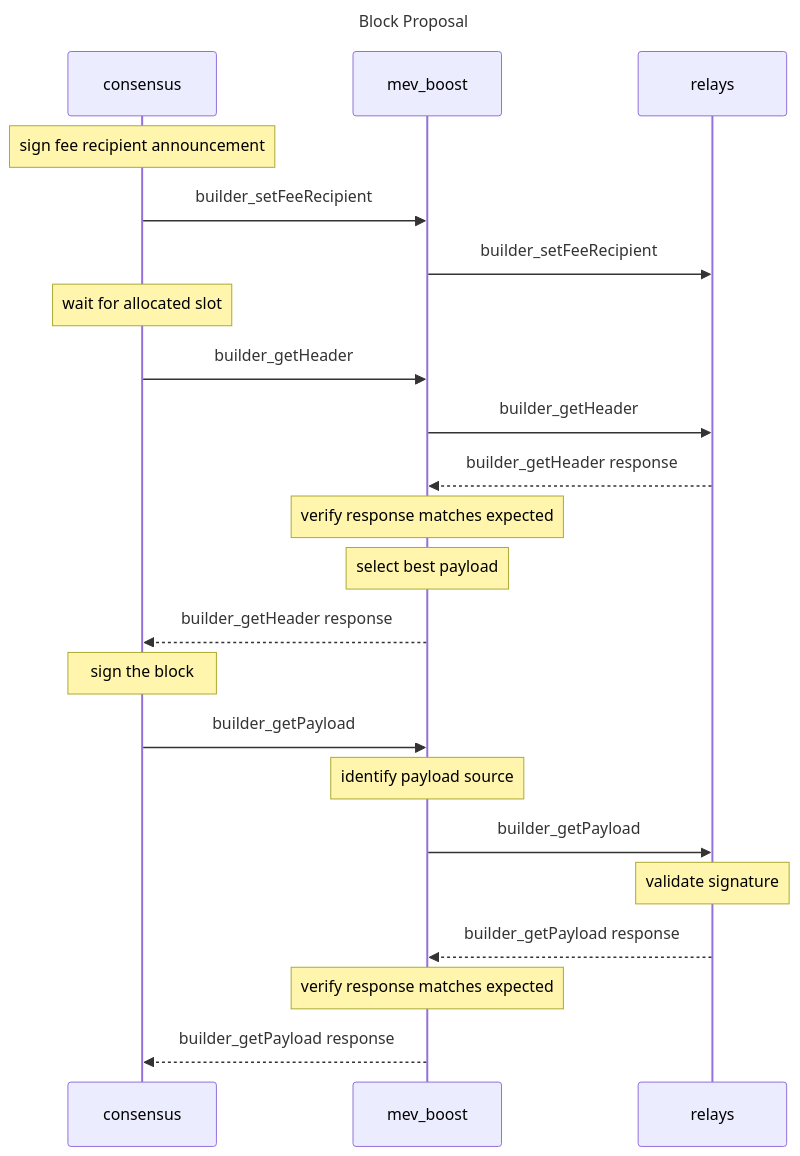
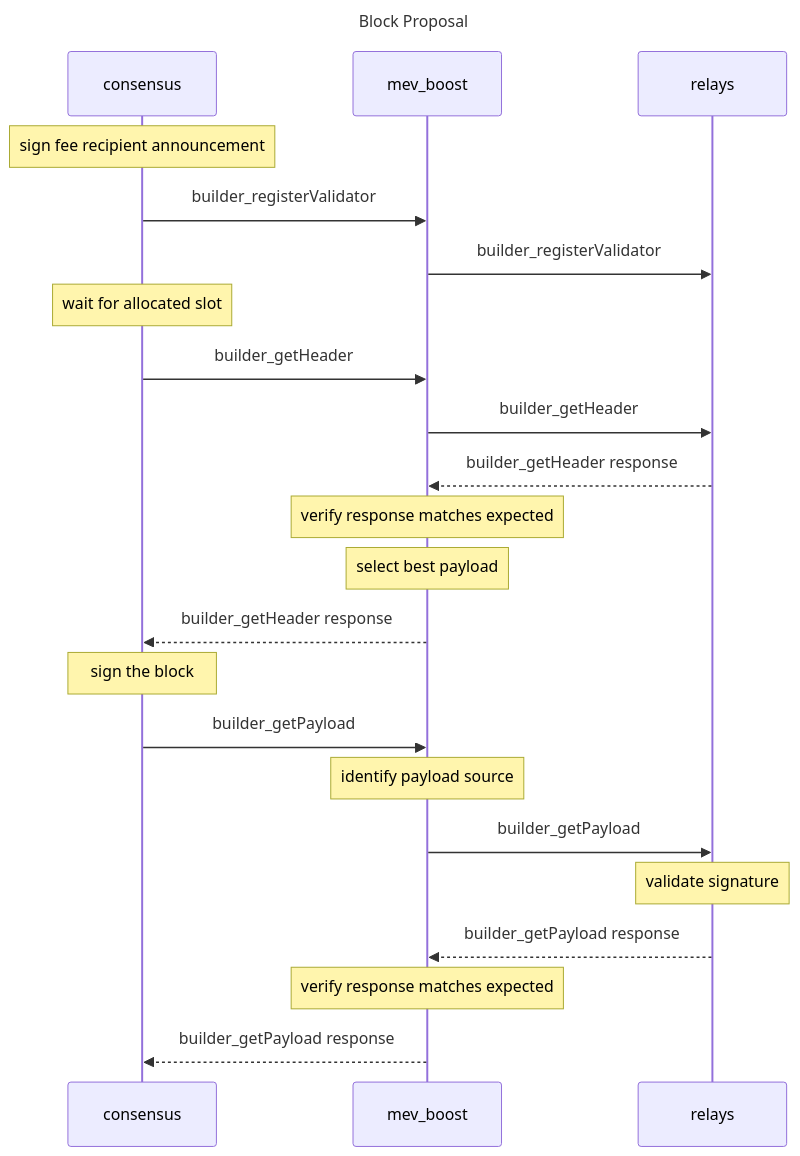
Before and after one commit to ethereum/execution-apis: the diagram in src/builder/specification.md, drawn with Mermaid. The commit also changed other lines of this file, not shown here.

````diff
--- a/src/builder/specification.md
+++ b/src/builder/specification.md
@@ -5,25 +5,25 @@
 ```mermaid
 sequenceDiagram
     participant consensus
     participant mev_boost
     participant relays
     Title: Block Proposal
     Note over consensus: sign fee recipient announcement
-    consensus->>mev_boost: builder_setFeeRecipient
-    mev_boost->>relays: builder_setFeeRecipient
+    consensus->>mev_boost: builder_registerValidator
+    mev_boost->>relays: builder_registerValidator
     Note over consensus: wait for allocated slot
     consensus->>mev_boost: builder_getHeader
     mev_boost->>relays: builder_getHeader
     relays-->>mev_boost: builder_getHeader response
     Note over mev_boost: verify response matches expected
     Note over mev_boost: select best payload
     mev_boost-->>consensus: builder_getHeader response
     Note over consensus: sign the block
     consensus->>mev_boost: builder_getPayload
     Note over mev_boost: identify payload source
     mev_boost->>relays: builder_getPayload
     Note over relays: validate signature
     relays-->>mev_boost: builder_getPayload response
     Note over mev_boost: verify response matches expected
     mev_boost-->>consensus: builder_getPayload response
 ```
````
